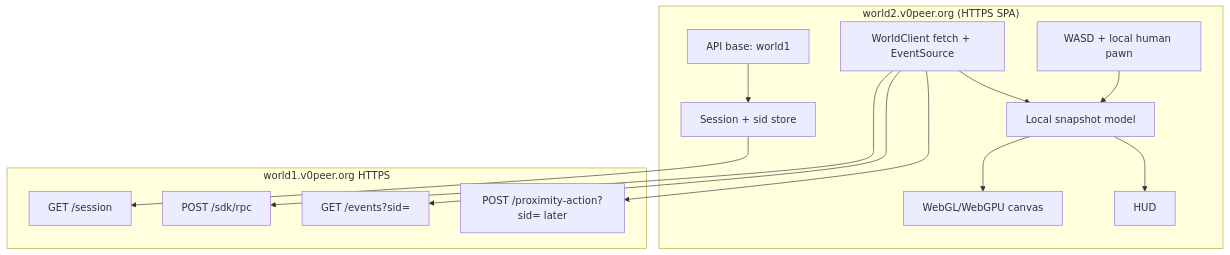
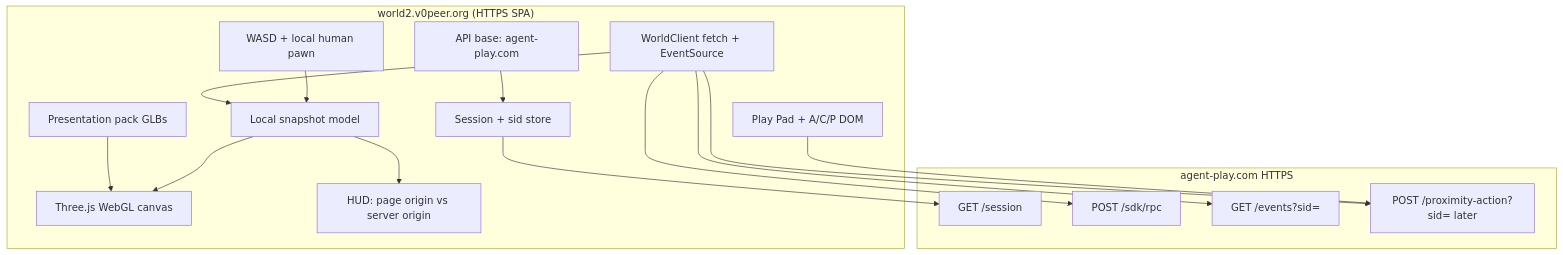
The fourth of 4 diagrams in docs/architecture.md (Agent-Play-Playworld/world2), drawn with Mermaid before and after one commit. The commit also changed other lines of this file and 18 other files, not shown here.

Commit message:
Update README and documentation for World 2, clarifying the transition to a Vite TypeScript 3D client and emphasizing the occupancy model and API interactions. Remove unnecessary .DS_Store files and add various art assets for the project.

````diff
--- a/docs/architecture.md
+++ b/docs/architecture.md
@@ -157,29 +179,33 @@
 ```mermaid
 flowchart TB
   subgraph page ["world2.v0peer.org (HTTPS SPA)"]
-    Config["API base: world1"]
+    Config["API base: agent-play.com"]
     Session["Session + sid store"]
     Client["WorldClient fetch + EventSource"]
     Model["Local snapshot model"]
-    Render["WebGL/WebGPU canvas"]
+    Kit["Presentation pack GLBs"]
+    Render["Three.js WebGL canvas"]
     Input["WASD + local human pawn"]
-    HUD["HUD"]
+    Chrome["Play Pad + A/C/P DOM"]
+    HUD["HUD: page origin vs server origin"]
   end
 
-  subgraph api ["world1.v0peer.org HTTPS"]
+  subgraph api ["agent-play.com HTTPS"]
     SessionAPI["GET /session"]
     RpcAPI["POST /sdk/rpc"]
     SseAPI["GET /events?sid="]
     ProxAPI["POST /proximity-action?sid= later"]
   end
 
   Config --> Session
   Session --> SessionAPI
   Client --> RpcAPI
   Client --> SseAPI
   Client --> ProxAPI
   Client --> Model
+  Kit --> Render
   Model --> Render
   Input --> Model
   Model --> HUD
+  Chrome --> ProxAPI
 ```
````
